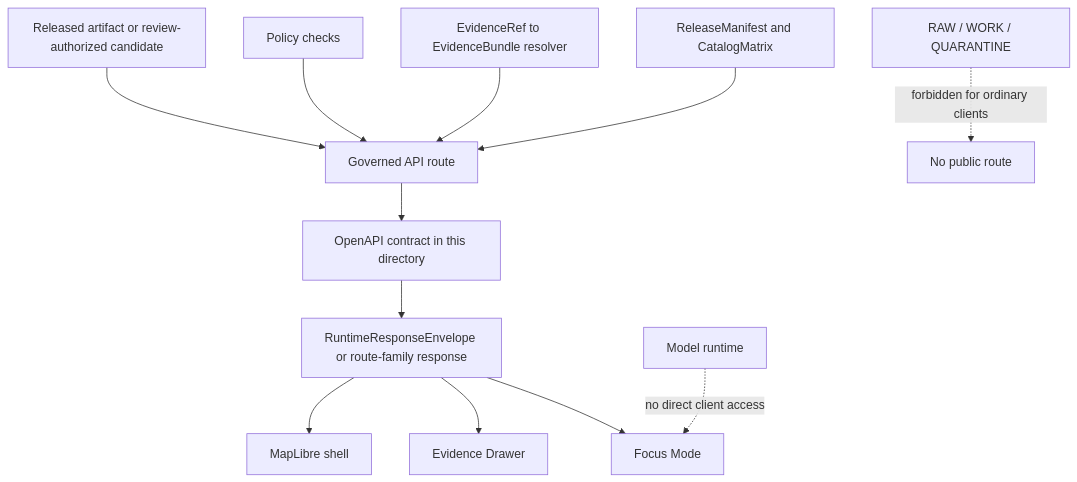
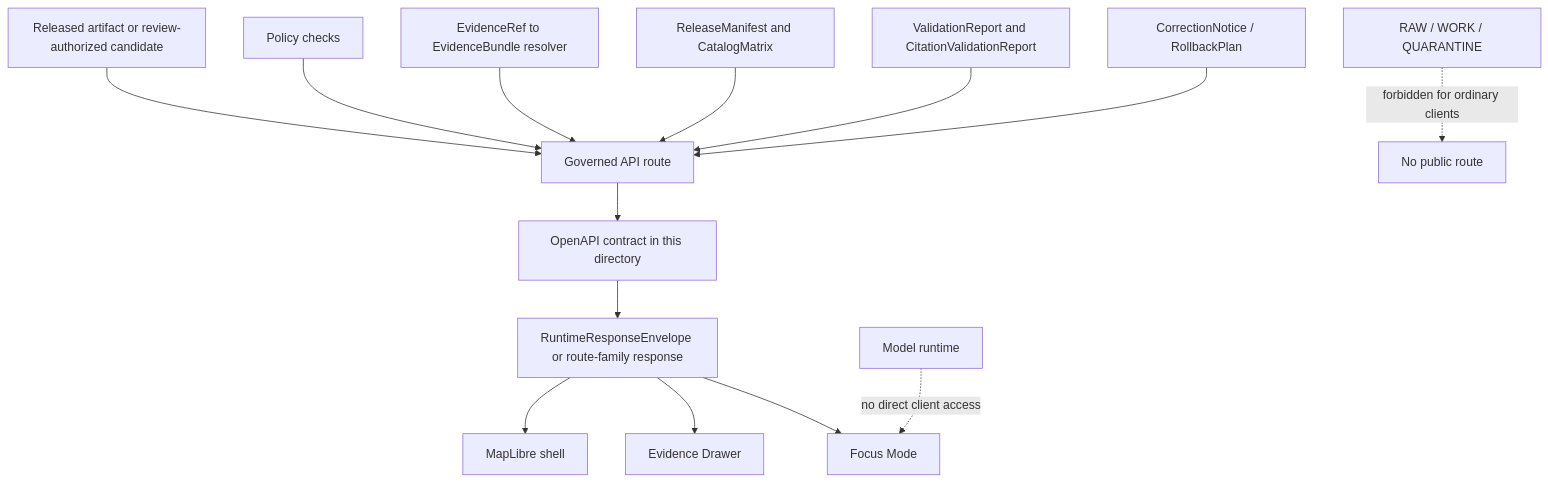
One commit to bartytime4life/Kansas-Frontier-Matrix changed the second of 2 diagrams in apps/governed_api/openapi/README.md. Above: the diagram before and after it, drawn with Mermaid. The commit also changed other lines of this file, not shown here.

````diff
--- a/apps/governed_api/openapi/README.md
+++ b/apps/governed_api/openapi/README.md
@@ -159,14 +263,16 @@
 ```mermaid
 flowchart TD
     A[Released artifact or review-authorized candidate] --> B[Governed API route]
     B --> C[OpenAPI contract in this directory]
     C --> D[RuntimeResponseEnvelope or route-family response]
     D --> E[MapLibre shell]
     D --> F[Evidence Drawer]
     D --> G[Focus Mode]
     H[Policy checks] --> B
     I[EvidenceRef to EvidenceBundle resolver] --> B
     J[ReleaseManifest and CatalogMatrix] --> B
+    M[ValidationReport and CitationValidationReport] --> B
+    R[CorrectionNotice / RollbackPlan] --> B
     K[RAW / WORK / QUARANTINE] -. forbidden for ordinary clients .-> X[No public route]
     L[Model runtime] -. no direct client access .-> G
 ```
````
